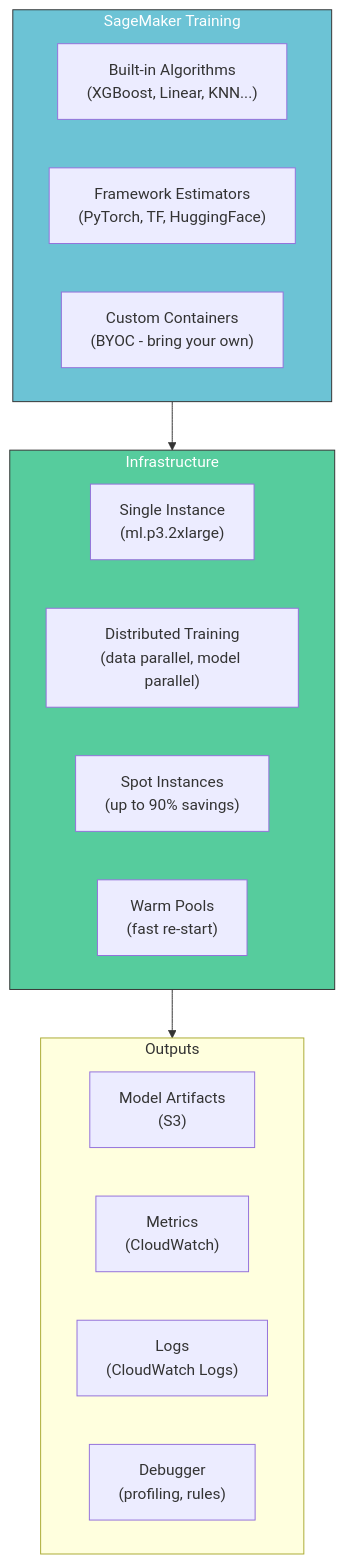
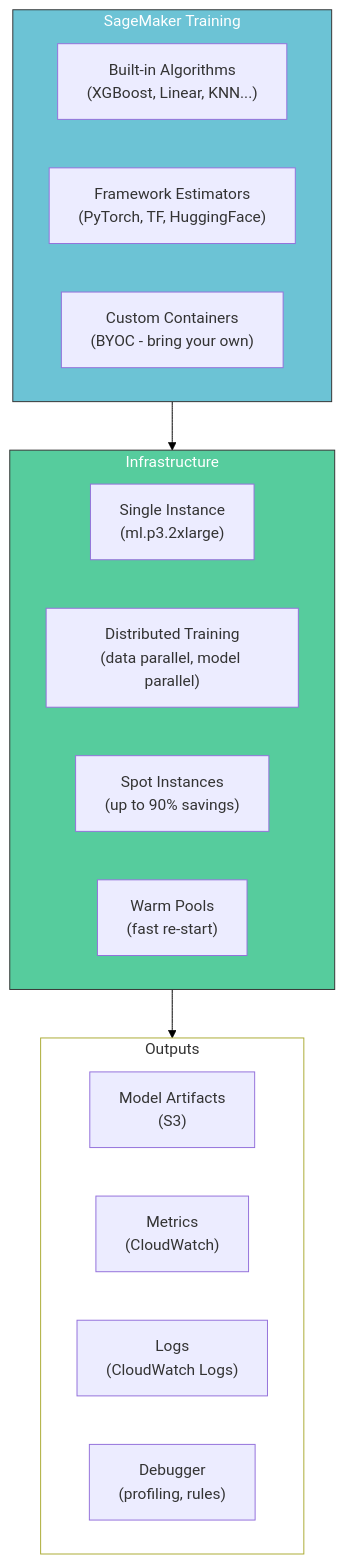
The seventh of 10 diagrams in posts/aiops-interview/MLOps-Interview-QA-4.qmd (tanquangduong/tanquangduong.github.io), drawn with Mermaid before and after one commit. The commit also changed other lines of this file and 204 other files, not shown here.

````diff
--- a/posts/aiops-interview/MLOps-Interview-QA-4.qmd
+++ b/posts/aiops-interview/MLOps-Interview-QA-4.qmd
@@ -802,27 +812,29 @@
 ```{mermaid}
 graph TD
+    linkStyle default stroke:#000,color:#000
     subgraph Training["SageMaker Training"]
         BUILTIN["Built-in Algorithms<br/>(XGBoost, Linear, KNN...)"]
         FRAMEWORK["Framework Estimators<br/>(PyTorch, TF, HuggingFace)"]
         CUSTOM["Custom Containers<br/>(BYOC - bring your own)"]
     end
 
     subgraph Infra["Infrastructure"]
         SINGLE["Single Instance<br/>(ml.p3.2xlarge)"]
         DISTRIBUTED["Distributed Training<br/>(data parallel, model parallel)"]
         SPOT["Spot Instances<br/>(up to 90% savings)"]
         WARMPOOL["Warm Pools<br/>(fast re-start)"]
     end
 
     subgraph Output["Outputs"]
         MODEL_ART["Model Artifacts<br/>(S3)"]
         METRICS_OUT["Metrics<br/>(CloudWatch)"]
         LOGS["Logs<br/>(CloudWatch Logs)"]
         DEBUGGER["Debugger<br/>(profiling, rules)"]
     end
 
     Training --> Infra --> Output
 
     style Training fill:#6cc3d5,stroke:#333,color:#fff
     style Infra fill:#56cc9d,stroke:#333,color:#fff
+    style Output fill:#fff
 ```
````
